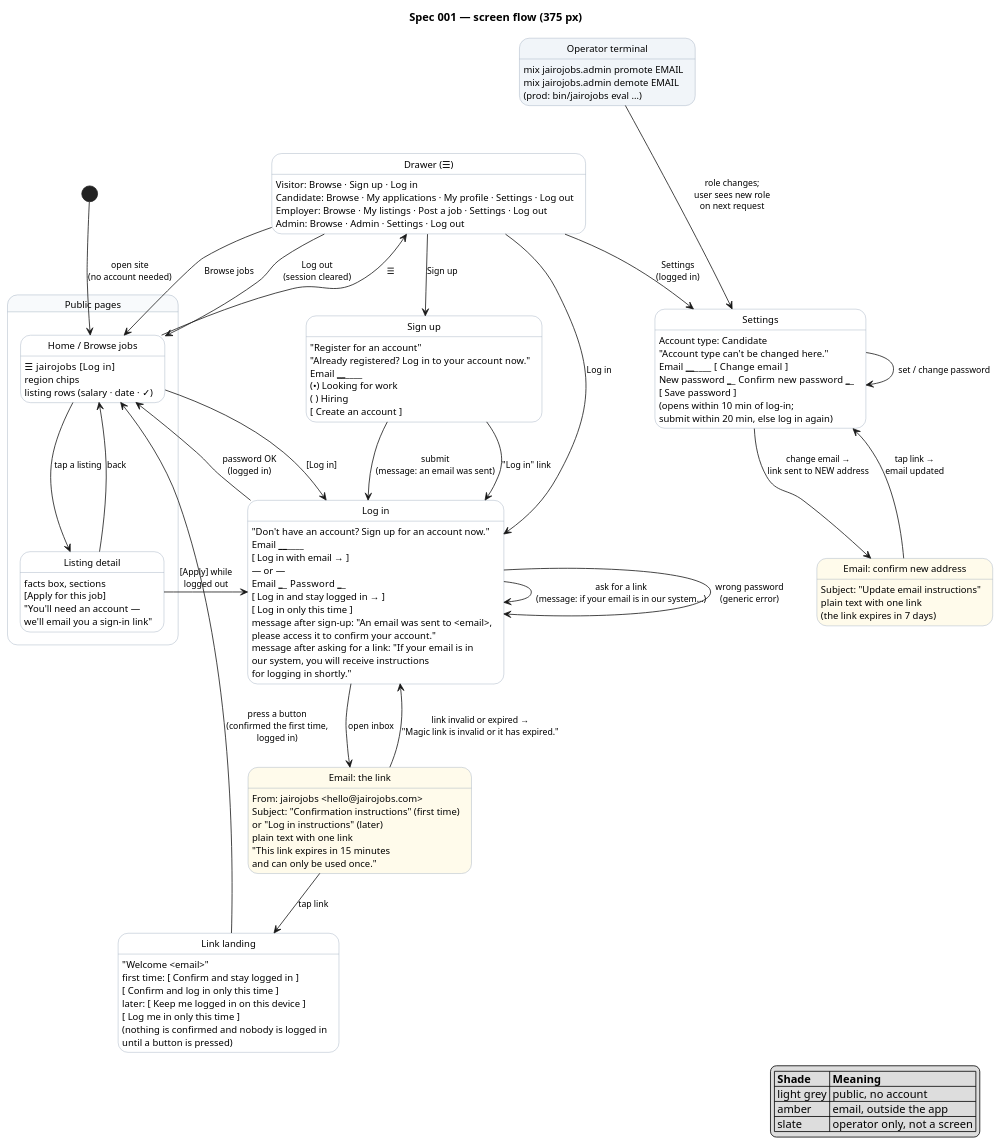
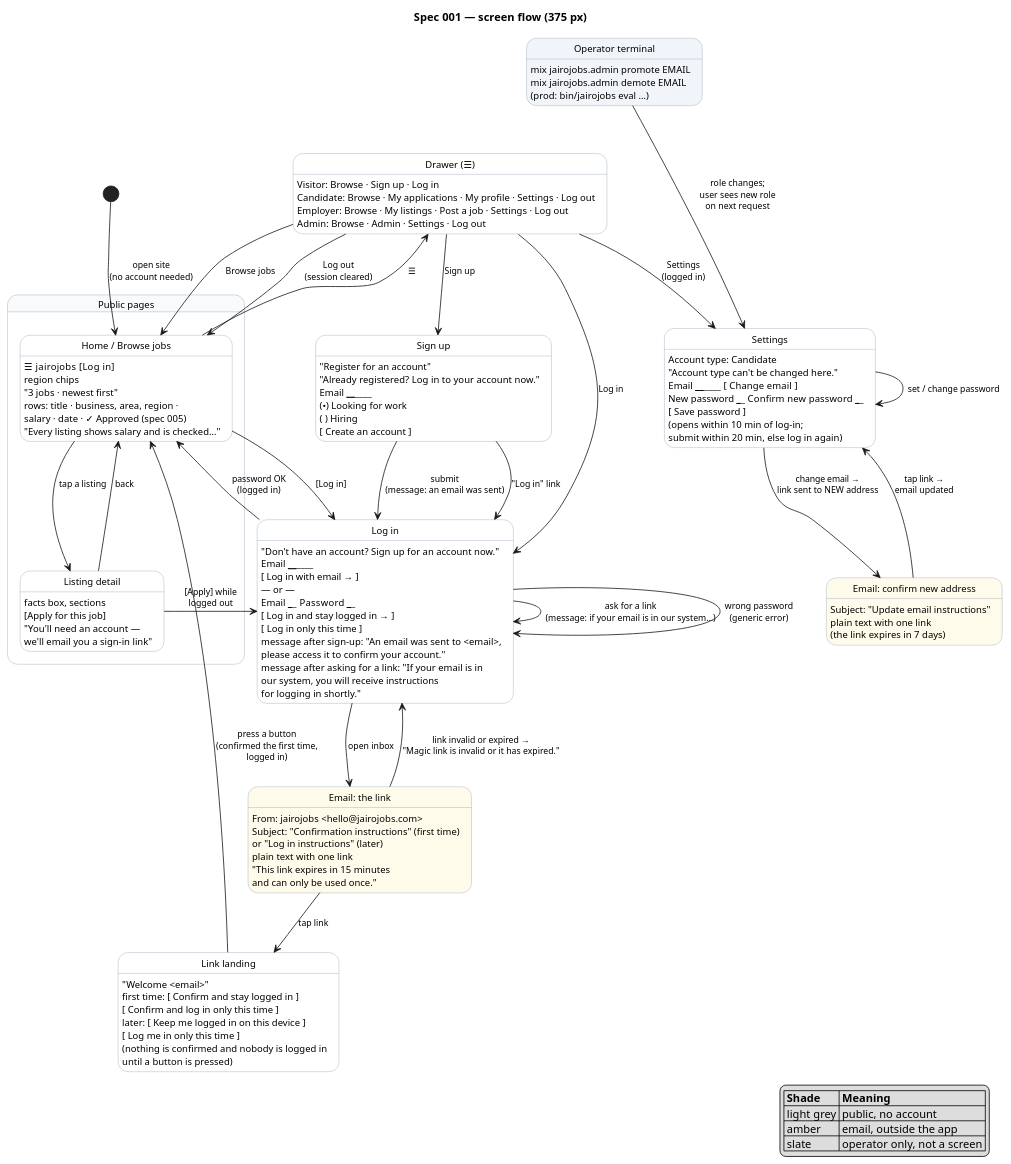
One commit to raseniero/jairojobs-elixir changed the diagram in docs/specs/001-accounts-authentication/diagrams/screenflow-auth.puml. Above: the diagram before and after it, drawn with PlantUML. The commit also changed 16 other files, not shown here.

Commit message:
feat(browse): the home page lists the jobs (REQ-005-1, REQ-005-2)

```diff
--- a/docs/specs/001-accounts-authentication/diagrams/screenflow-auth.puml
+++ b/docs/specs/001-accounts-authentication/diagrams/screenflow-auth.puml
@@ -1,119 +1,122 @@
 @startuml screenflow-auth
 ' Spec 001 — screen flow. Each state is a screen (key elements listed); each arrow is a user action.
 ' Every user story US-001-1..9 is a path through this diagram (see table in spec.md).
 
 hide empty description
 skinparam state {
   BackgroundColor white
   BackgroundColor<<public>> #f8fafc
   BackgroundColor<<email>> #fffbeb
   BackgroundColor<<terminal>> #f1f5f9
   BorderColor #94a3b8
   FontSize 12
 }
 skinparam arrowFontSize 11
 
 title Spec 001 — screen flow (375 px)
 
 state "Public pages" as Public <<public>> {
   state "Home / Browse jobs" as Home
   Home : ☰  jairojobs  [Log in]
   Home : region chips
-  Home : listing rows (salary · date · ✓)
+  Home : "3 jobs · newest first"
+  Home : rows: title · business, area, region ·
+  Home : salary · date · ✓ Approved (spec 005)
+  Home : "Every listing shows salary and is checked…"
   state "Listing detail" as Detail
   Detail : facts box, sections
   Detail : [Apply for this job]
   Detail : "You'll need an account —\nwe'll email you a sign-in link"
   Home --> Detail : tap a listing
   Detail --> Home : back
 }
 
 state "Drawer (☰)" as Drawer
 Drawer : Visitor: Browse · Sign up · Log in
 Drawer : Candidate: Browse · My applications · My profile · Settings · Log out
 Drawer : Employer: Browse · My listings · Post a job · Settings · Log out
 Drawer : Admin: Browse · Admin · Settings · Log out
 
 state "Sign up" as Signup
 Signup : "Register for an account"
 Signup : "Already registered? Log in to your account now."
 Signup : Email ______________
 Signup : (•) Looking for work
 Signup : ( ) Hiring
 Signup : [ Create an account ]
 
 state "Email: the link" as Email <<email>>
 Email : From: jairojobs <hello@jairojobs.com>
 Email : Subject: "Confirmation instructions" (first time)
 Email : or "Log in instructions" (later)
 Email : plain text with one link
 Email : "This link expires in 15 minutes\nand can only be used once."
 
 state "Link landing" as Landing
 Landing : "Welcome <email>"
 Landing : first time: [ Confirm and stay logged in ]
 Landing : [ Confirm and log in only this time ]
 Landing : later: [ Keep me logged in on this device ]
 Landing : [ Log me in only this time ]
 Landing : (nothing is confirmed and nobody is logged in\nuntil a button is pressed)
 
 state "Log in" as Login
 Login : "Don't have an account? Sign up for an account now."
 Login : Email ______________
 Login : [ Log in with email → ]
 Login : — or —
 Login : Email ______  Password ______
 Login : [ Log in and stay logged in → ]
 Login : [ Log in only this time ]
 Login : message after sign-up: "An email was sent to <email>,\nplease access it to confirm your account."
 Login : message after asking for a link: "If your email is in\nour system, you will receive instructions\nfor logging in shortly."
 
 state "Settings" as Settings
 Settings : Account type: Candidate\n"Account type can't be changed here."
 Settings : Email ______________  [ Change email ]
 Settings : New password ______  Confirm new password ______
 Settings : [ Save password ]
 Settings : (opens within 10 min of log-in;\nsubmit within 20 min, else log in again)
 
 state "Email: confirm new address" as EmailChange <<email>>
 EmailChange : Subject: "Update email instructions"
 EmailChange : plain text with one link
 EmailChange : (the link expires in 7 days)
 
 state "Operator terminal" as Terminal <<terminal>>
 Terminal : mix jairojobs.admin promote EMAIL
 Terminal : mix jairojobs.admin demote EMAIL
 Terminal : (prod: bin/jairojobs eval …)
 
 [*] --> Home : open site\n(no account needed)
 Home --> Drawer : ☰
 Drawer --> Home : Browse jobs
 Drawer --> Signup : Sign up
 Drawer --> Login : Log in
 Home --> Login : [Log in]
 Detail --> Login : [Apply] while\nlogged out
 Signup --> Login : submit\n(message: an email was sent)
 Signup --> Login : "Log in" link
 Login --> Login : ask for a link\n(message: if your email is in our system…)
 Login --> Home : password OK\n(logged in)
 Login --> Login : wrong password\n(generic error)
 Login --> Email : open inbox
 Email --> Landing : tap link
 Landing --> Home : press a button\n(confirmed the first time,\nlogged in)
 Email --> Login : link invalid or expired →\n"Magic link is invalid or it has expired."
 Drawer --> Settings : Settings\n(logged in)
 Settings --> EmailChange : change email →\nlink sent to NEW address
 EmailChange --> Settings : tap link →\nemail updated
 Settings --> Settings : set / change password
 Drawer --> Home : Log out\n(session cleared)
 Terminal --> Settings : role changes;\nuser sees new role\non next request
 Terminal -[hidden]-> Drawer
 
 legend right
   |= Shade |= Meaning |
   | light grey | public, no account |
   | amber | email, outside the app |
   | slate | operator only, not a screen |
 endlegend
 
 @enduml
```
